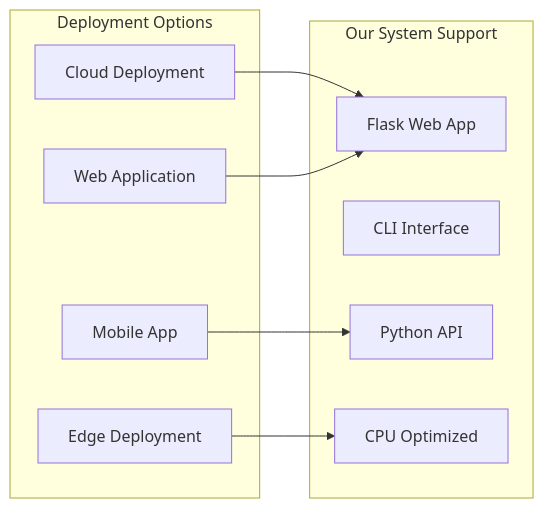
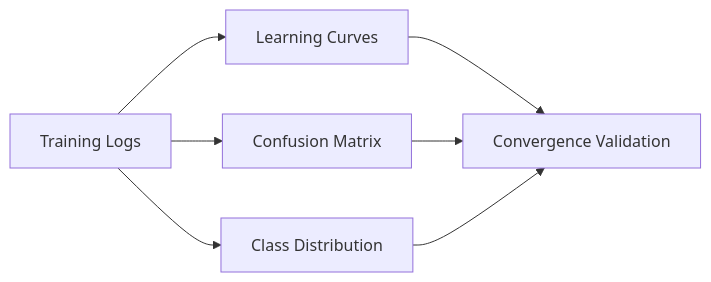
The second of 2 diagrams in report.md (ItzSwapnil/Leaf_Disease_Detection), drawn with Mermaid before and after one commit. The commit also changed other lines of this file and 47 other files, not shown here.

````diff
--- a/report.md
+++ b/report.md
@@ -617,21 +149,9 @@
 ```mermaid
 flowchart LR
-    subgraph Deployment["Deployment Options"]
-        A["Cloud Deployment"]
-        B["Edge Deployment"]
-        C["Mobile App"]
-        D["Web Application"]
-    end
-    
-    subgraph Support["Our System Support"]
-        E["Flask Web App"]
-        F["CLI Interface"]
-        G["Python API"]
-        H["CPU Optimized"]
-    end
-    
-    A --> E
-    B --> H
-    C --> G
+    A[Training Logs] --> B[Learning Curves]
+    A --> C[Confusion Matrix]
+    A --> D[Class Distribution]
+    B --> E[Convergence Validation]
+    C --> E
     D --> E
 ```
````
